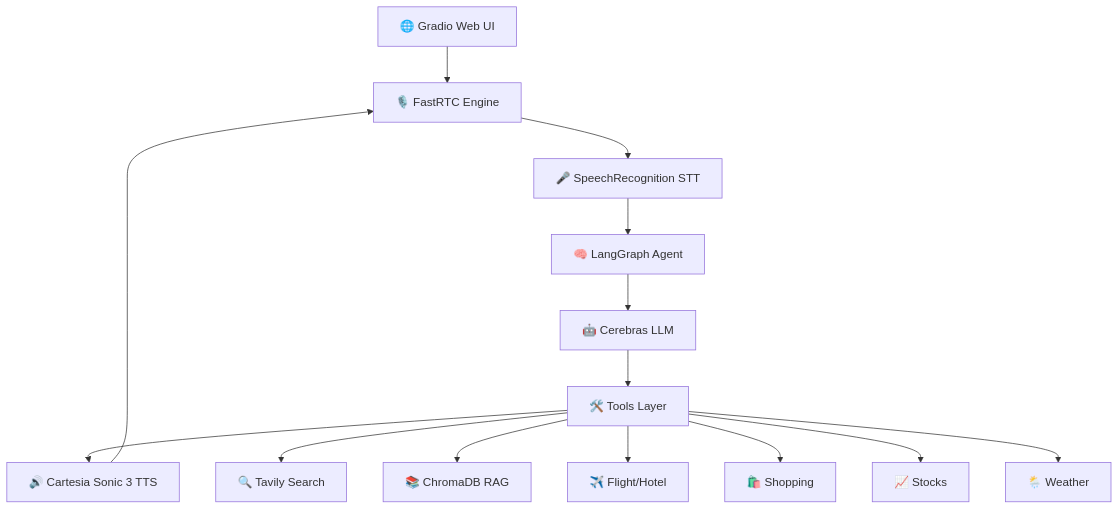
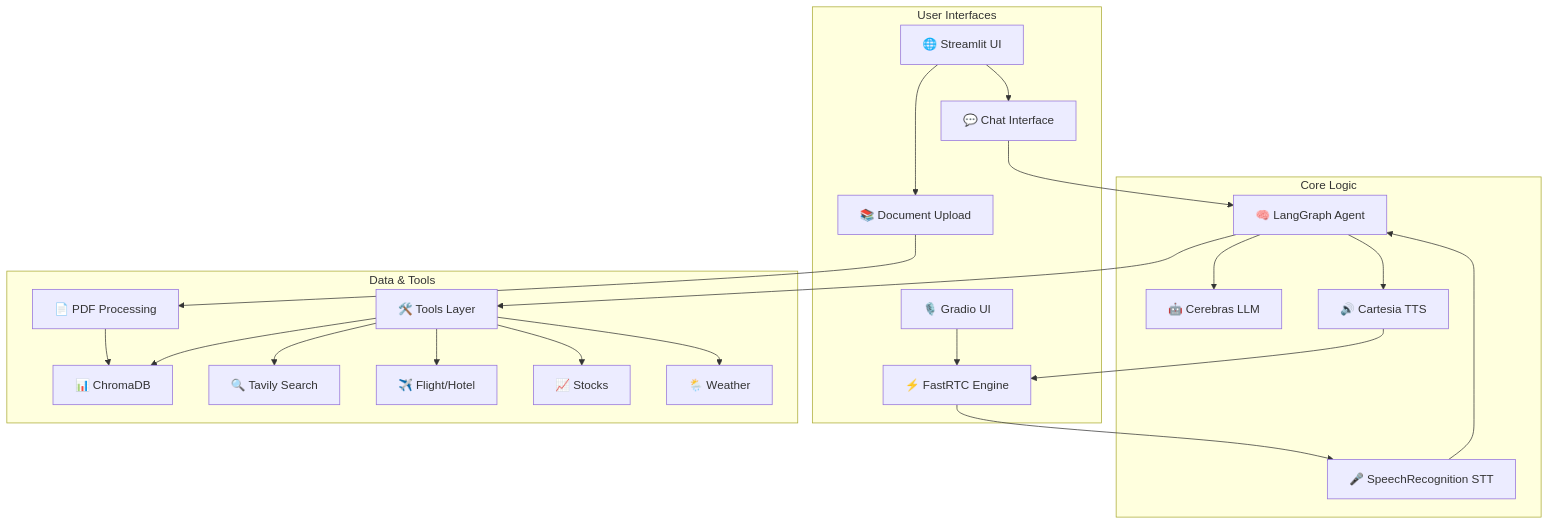
One commit to Bharath8080/FastRTC_ReAct_Agent changed the diagram in README.md. Above: the diagram before and after it, drawn with Mermaid. The commit also changed other lines of this file, not shown here.

````diff
--- a/README.md
+++ b/README.md
@@ -17,17 +16,29 @@
 ```mermaid
 graph TB
-    A[🌐 Gradio Web UI] --> B[🎙️ FastRTC Engine]
-    B --> C[🎤 SpeechRecognition STT]
-    C --> D[🧠 LangGraph Agent]
-    D --> E[🤖 Cerebras LLM]
-    E --> F[🛠️ Tools Layer]
-    F --> G[🔊 Cartesia Sonic 3 TTS]
-    G --> B
-    
-    F --> H[🔍 Tavily Search]
-    F --> I[📚 ChromaDB RAG]
-    F --> J[✈️ Flight/Hotel]
-    F --> K[🛍️ Shopping]
-    F --> L[📈 Stocks]
-    F --> M[🌦️ Weather]
+    subgraph "User Interfaces"
+        A[🌐 Streamlit UI] --> B[💬 Chat Interface]
+        A --> C[📚 Document Upload]
+        D[🎙️ Gradio UI] --> E[⚡ FastRTC Engine]
+    end
+
+    subgraph "Core Logic"
+        B --> F[🧠 LangGraph Agent]
+        E --> G[🎤 SpeechRecognition STT]
+        G --> F
+        F --> H[🤖 Cerebras LLM]
+        F --> I[🔊 Cartesia TTS]
+        I --> E
+    end
+
+    subgraph "Data & Tools"
+        C --> J[📄 PDF Processing]
+        J --> K[📊 ChromaDB]
+        F --> L[🛠️ Tools Layer]
+        
+        L --> M[🔍 Tavily Search]
+        L --> K
+        L --> N[✈️ Flight/Hotel]
+        L --> O[📈 Stocks]
+        L --> P[🌦️ Weather]
+    end
 ```
````
